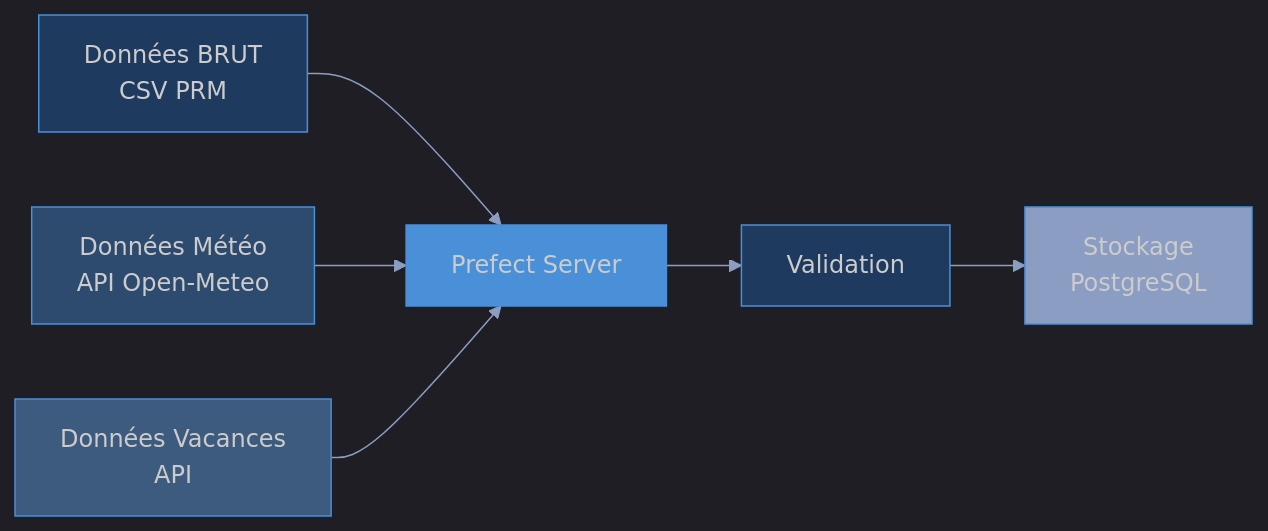
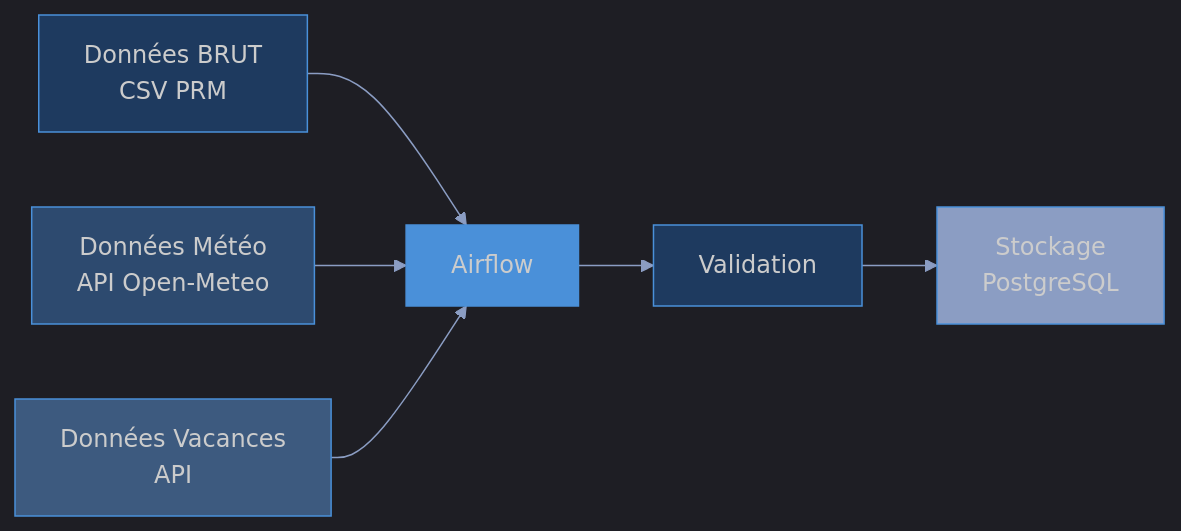
The third of 10 diagrams in Services/slidev/slides.md (jinsudai/jinsudai), drawn with Mermaid before and after one commit. The commit also changed other lines of this file and 12 other files, not shown here.

````diff
--- a/Services/slidev/slides.md
+++ b/Services/slidev/slides.md
@@ -87,15 +85,15 @@
 ```mermaid
 %%{init: {'theme': 'dark', 'themeVariables': {'primaryColor': '#1e3a5f', 'primaryTextColor': '#ffffff', 'primaryBorderColor': '#4a90d9', 'lineColor': '#8b9dc3', 'secondaryColor': '#2d4a6f', 'tertiaryColor': '#3d5a7f', 'background': '#0f172a', 'mainBkg': '#1e3a5f', 'nodeBorder': '#4a90d9', 'clusterBkg': '#1e293b', 'clusterBorder': '#334155', 'titleColor': '#f1f5f9', 'edgeLabelBackground': '#1e3a5f'}}}%%
 graph LR
-    A[Données BRUT<br/>CSV PRM] --> D[Prefect Server]
+    A[Données BRUT<br/>CSV PRM] --> D[Airflow]
     B[Données Météo<br/>API Open-Meteo] --> D
     C[Données Vacances<br/>API] --> D
     D --> E[Validation]
     E --> F[Stockage<br/>PostgreSQL]
     
     style A fill:#1e3a5f
     style B fill:#2d4a6f
     style C fill:#3d5a7f
     style D fill:#4a90d9
     style F fill:#8b9dc3
 ```
````
